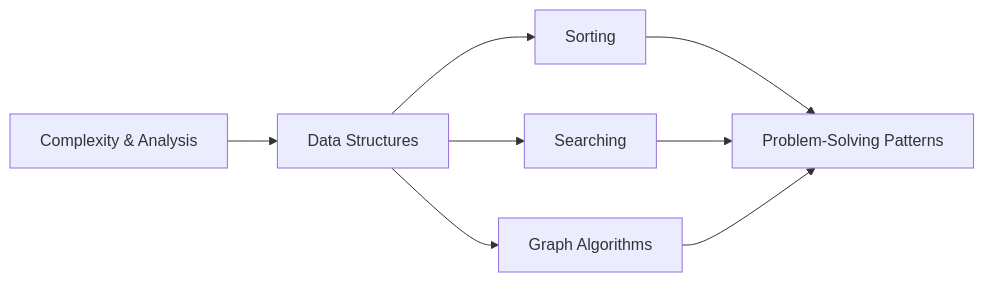
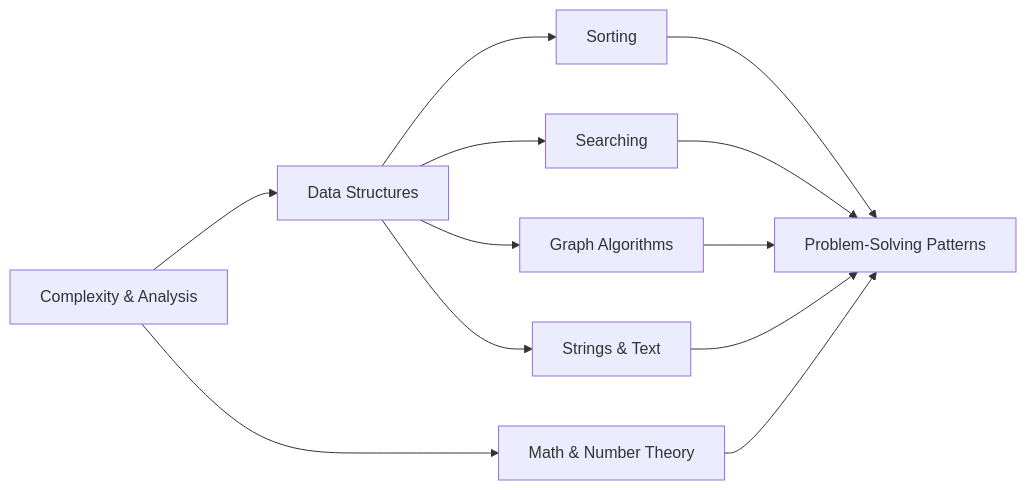
The diagram in docs/computer-science/algorithms/intro.md (AndriiSonsiadlo/knowledge-base), drawn with Mermaid before and after one commit. The commit also changed other lines of this file and 4 other files, not shown here.

````diff
--- a/docs/computer-science/algorithms/intro.md
+++ b/docs/computer-science/algorithms/intro.md
@@ -58,10 +85,14 @@
 ```mermaid
 flowchart LR
     C[Complexity & Analysis] --> DS[Data Structures]
     DS --> SO[Sorting]
     DS --> SE[Searching]
     DS --> G[Graph Algorithms]
+    DS --> ST[Strings & Text]
+    C --> M[Math & Number Theory]
     SO --> P[Problem-Solving Patterns]
     SE --> P
     G --> P
+    ST --> P
+    M --> P
 ```
````
